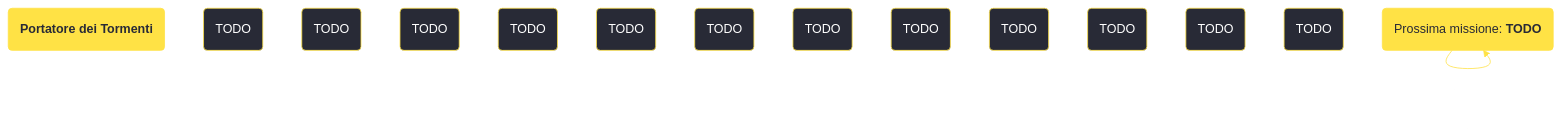
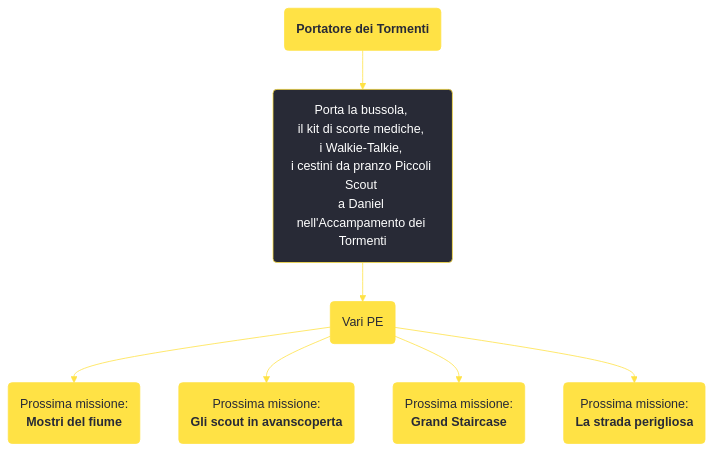
The diagram in content/voci/fallout new vegas/missioni/Portatore dei Tormenti.md (persy/wastelander), drawn with Mermaid before and after one commit. The commit also changed 174 other files, not shown here.

````diff
--- a/content/voci/fallout new vegas/missioni/Portatore dei Tormenti.md
+++ b/content/voci/fallout new vegas/missioni/Portatore dei Tormenti.md
@@ -32,24 +32,20 @@
 ```mermaid
 %%{init: {'theme': 'base', 'themeVariables': { 'primaryColor': '#282a36', 'primaryBorderColor': '#ffe245', 'primaryTextColor': '#fff', 'lineColor': '#ffe245', 'fontFamily': 'Jura'}}}%%
 graph TD;
     id1(<b>Portatore dei Tormenti</b>):::questfnv
-    id2(TODO)
-    id3(TODO)
-    id4(TODO)
-    id5(TODO)
-    id6(TODO)
-    id7(TODO) 
-    id8(TODO)
-    id9(TODO)
-    id10(TODO)
-    id11(TODO)
-    id12(TODO)
-    id13(TODO) 
-    id(TODO):::rewardfnv
-    id(Prossima missione: <b>TODO</b>):::questfnv
-    id-->id-->id-->id-->id-->id-->id
+    id2(Porta la bussola, <br />il kit di scorte mediche, <br />i Walkie-Talkie, <br />i cestini da pranzo Piccoli Scout <br />a Daniel nell'Accampamento dei Tormenti)
+    id3(Vari PE):::rewardfnv
+    id4(Prossima missione: <br /><b>Mostri del fiume</b>):::questfnv
+    id5(Prossima missione: <br /><b>Gli scout in avanscoperta</b>):::questfnv
+    id6(Prossima missione: <br /><b>Grand Staircase</b>):::questfnv
+    id7(Prossima missione: <br /><b>La strada perigliosa</b>):::questfnv
     
-    click id "../TODO"
+    id1-->id2-->id3-->id4 & id5 & id6 & id7
+    
+    click id4 "../mostri-del-fiume"
+    click id5 "../gli-scout-allavanscoperta"
+    click id6 "../grand-staircase"
+    click id7 "../la-strada-perigliosa"
     classDef rewardfnv fill:#ffe245, stroke:#ffe245, color:#282a36;
     classDef questfnv fill:#ffe245, stroke:#ffe245, color:#282a36;
 ```
````
